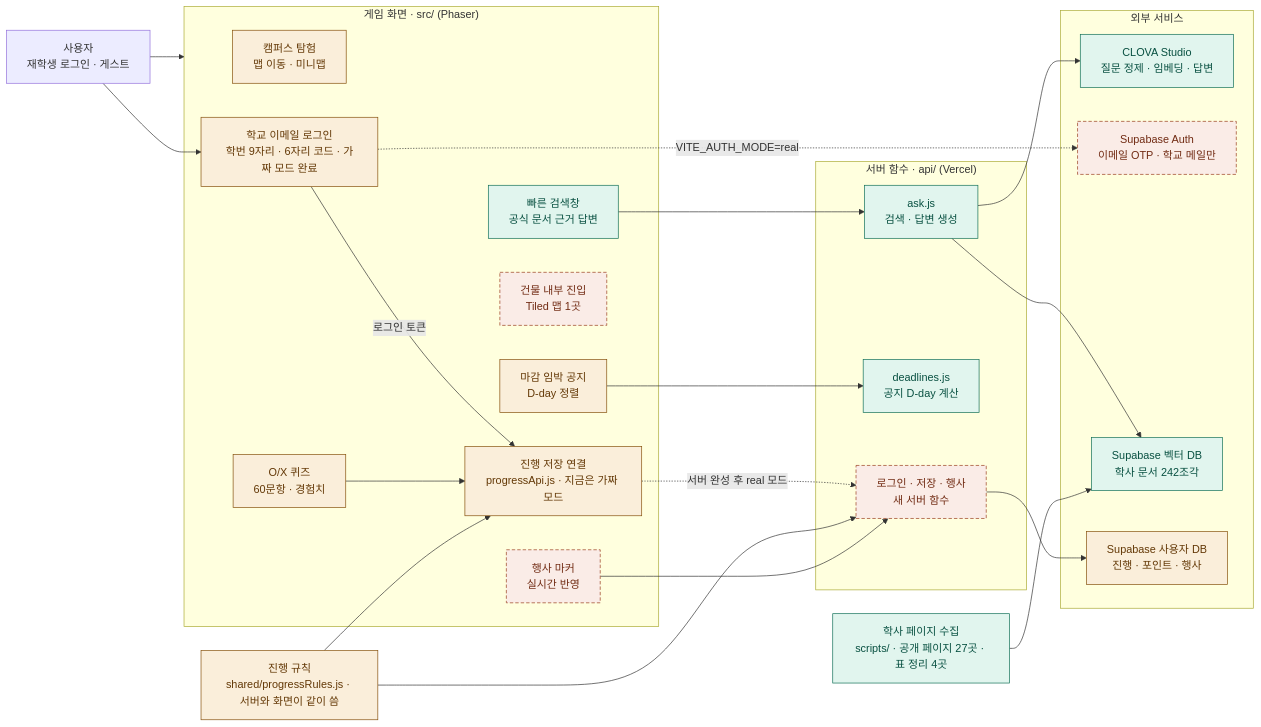
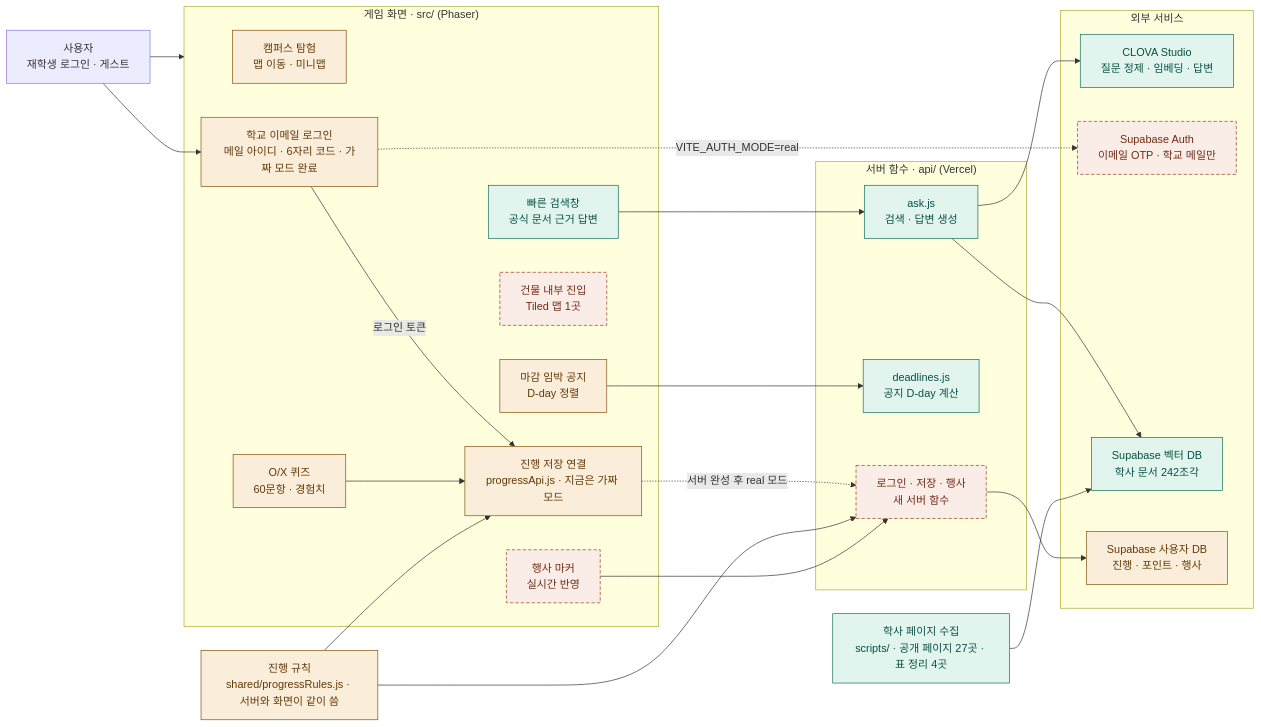
The diagram in docs/ARCHITECTURE.md (202502859-source/hufs-quest), drawn with Mermaid before and after one commit. The commit also changed other lines of this file and 11 other files, not shown here.

Commit message:
fix: 로그인 아이디를 학번 9자리에서 학교 메일 아이디(구글 아이디 규칙)로

````diff
--- a/docs/ARCHITECTURE.md
+++ b/docs/ARCHITECTURE.md
@@ -8,56 +8,56 @@
 ```mermaid
 flowchart LR
     user["사용자<br/>재학생 로그인 · 게스트"]
 
     subgraph game["게임 화면 · src/ (Phaser)"]
         explore["캠퍼스 탐험<br/>맵 이동 · 미니맵"]
         search["빠른 검색창<br/>공식 문서 근거 답변"]
         quiz["O/X 퀴즈<br/>60문항 · 경험치"]
         notice["마감 임박 공지<br/>D-day 정렬"]
         interior["건물 내부 진입<br/>Tiled 맵 1곳"]
         eventMarker["행사 마커<br/>실시간 반영"]
         progress["진행 저장 연결<br/>progressApi.js · 지금은 가짜 모드"]
-        login["학교 이메일 로그인<br/>학번 9자리 · 6자리 코드 · 가짜 모드 완료"]
+        login["학교 이메일 로그인<br/>메일 아이디 · 6자리 코드 · 가짜 모드 완료"]
     end
 
     rules["진행 규칙<br/>shared/progressRules.js · 서버와 화면이 같이 씀"]
 
     subgraph server["서버 함수 · api/ (Vercel)"]
         ask["ask.js<br/>검색 · 답변 생성"]
         deadlines["deadlines.js<br/>공지 D-day 계산"]
         newApi["로그인 · 저장 · 행사<br/>새 서버 함수"]
     end
 
     subgraph external["외부 서비스"]
         clova["CLOVA Studio<br/>질문 정제 · 임베딩 · 답변"]
         supaAuth["Supabase Auth<br/>이메일 OTP · 학교 메일만"]
         vector["Supabase 벡터 DB<br/>학사 문서 242조각"]
         userDb["Supabase 사용자 DB<br/>진행 · 포인트 · 행사"]
     end
 
     collect["학사 페이지 수집<br/>scripts/ · 공개 페이지 27곳 · 표 정리 4곳"]
 
     user --> game
     user --> login
     login -.->|"VITE_AUTH_MODE=real"| supaAuth
     login -->|"로그인 토큰"| progress
     search --> ask
     notice --> deadlines
     quiz --> progress
     progress -.->|"서버 완성 후 real 모드"| newApi
     rules --> progress
     rules --> newApi
     eventMarker --> newApi
     ask --> clova
     ask --> vector
     newApi --> userDb
     collect --> vector
 
     classDef done fill:#E1F5EE,stroke:#0F6E56,color:#085041
     classDef partial fill:#FAEEDA,stroke:#854F0B,color:#633806
     classDef todo fill:#FAECE7,stroke:#993C1D,color:#712B13,stroke-dasharray:5 3
 
     class search,ask,deadlines,clova,vector,collect done
     class explore,quiz,notice,progress,rules,userDb,login partial
     class interior,eventMarker,newApi,supaAuth todo
 ```
````
